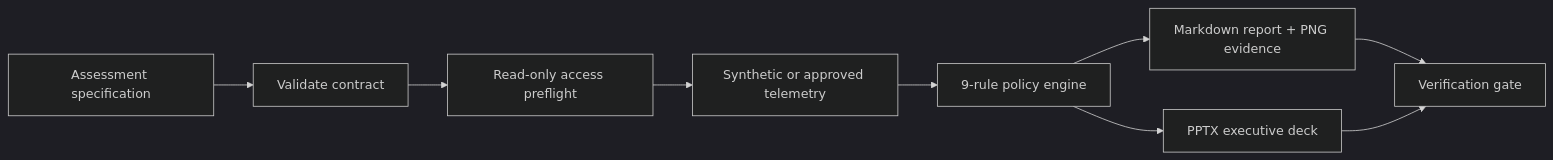
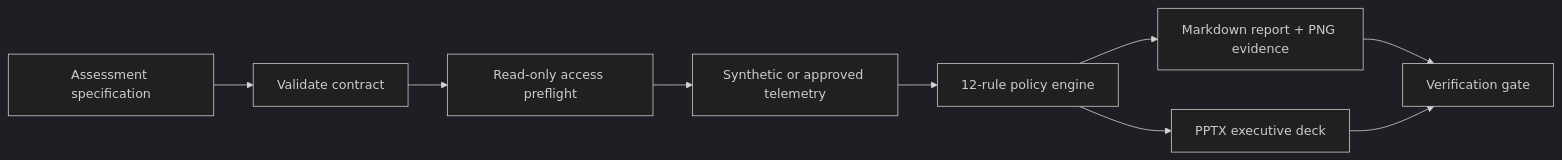
Before and after one commit to LucasRangelSSouza/cloud-data-finops-sdd-toolkit: the diagram in README.md, drawn with Mermaid (dark theme). The commit also changed other lines of this file and 31 other files, not shown here.

````diff
--- a/README.md
+++ b/README.md
@@ -9,11 +9,11 @@
 ```mermaid
 flowchart LR
     S[Assessment specification] --> V[Validate contract]
     V --> P[Read-only access preflight]
     P --> F[Synthetic or approved telemetry]
-    F --> R[9-rule policy engine]
+    F --> R[12-rule policy engine]
     R --> M[Markdown report + PNG evidence]
     R --> D[PPTX executive deck]
     M --> G[Verification gate]
     D --> G
 ```
````
